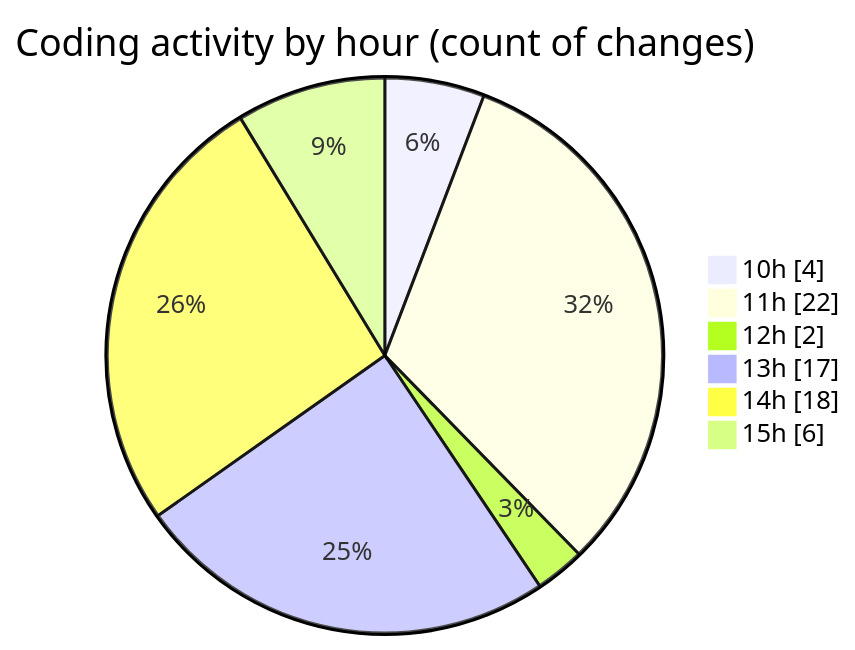
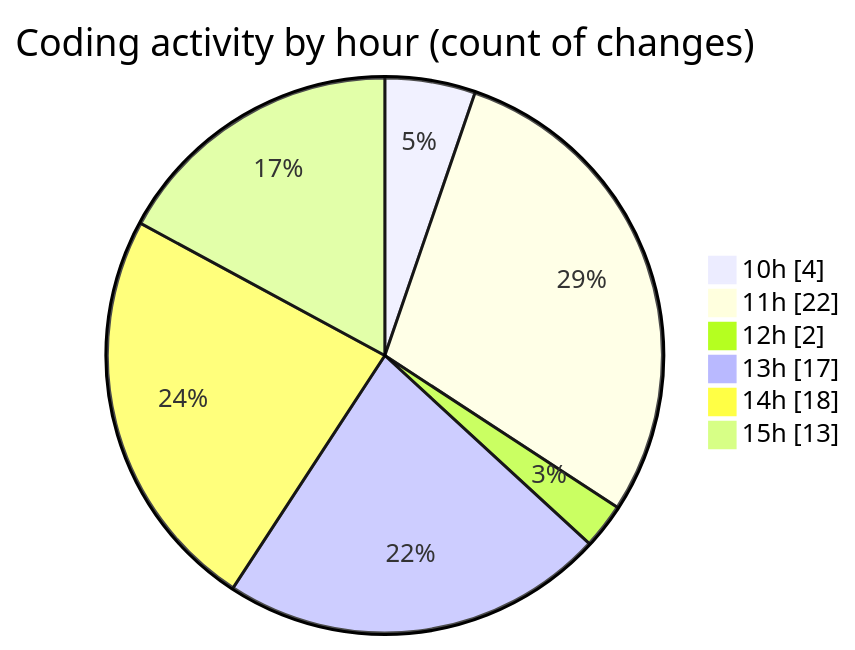
The second of 2 diagrams in 2025-09-15/nxtqube_webapp/README.md (nxtqubesakshisongat/code-tracking), drawn with Mermaid before and after one commit. The commit also changed other lines of this file and 1 other file, not shown here.

````diff
--- a/2025-09-15/nxtqube_webapp/README.md
+++ b/2025-09-15/nxtqube_webapp/README.md
@@ -31,10 +31,10 @@
 ```mermaid
 pie showData
 title Coding activity by hour (count of changes)
 "10h" : 4
 "11h" : 22
 "12h" : 2
 "13h" : 17
 "14h" : 18
-"15h" : 6
+"15h" : 13
 ```
````
